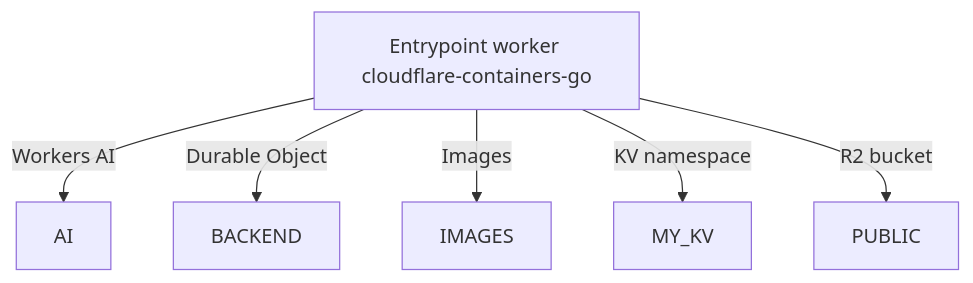
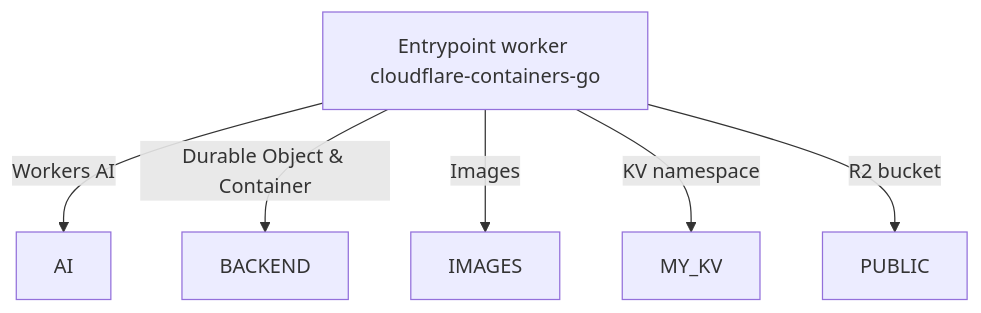
One commit to iamask/cloudflare-containers-go changed the diagram in README.md. Above: the diagram before and after it, drawn with Mermaid.

````diff
--- a/README.md
+++ b/README.md
@@ -5,9 +5,9 @@
 ```mermaid
 graph TD;
     A[ Entrypoint worker cloudflare-containers-go]
     A -- "Workers AI" --> AI[AI]
-    A -- "Durable Object" --> BACKEND[BACKEND]
+    A -- "Durable Object & Container " --> BACKEND[BACKEND]
     A -- "Images" --> IMAGES[IMAGES]
     A -- "KV namespace" --> MY_KV[MY_KV]
     A -- "R2 bucket" --> PUBLIC[PUBLIC]
 ```
````
